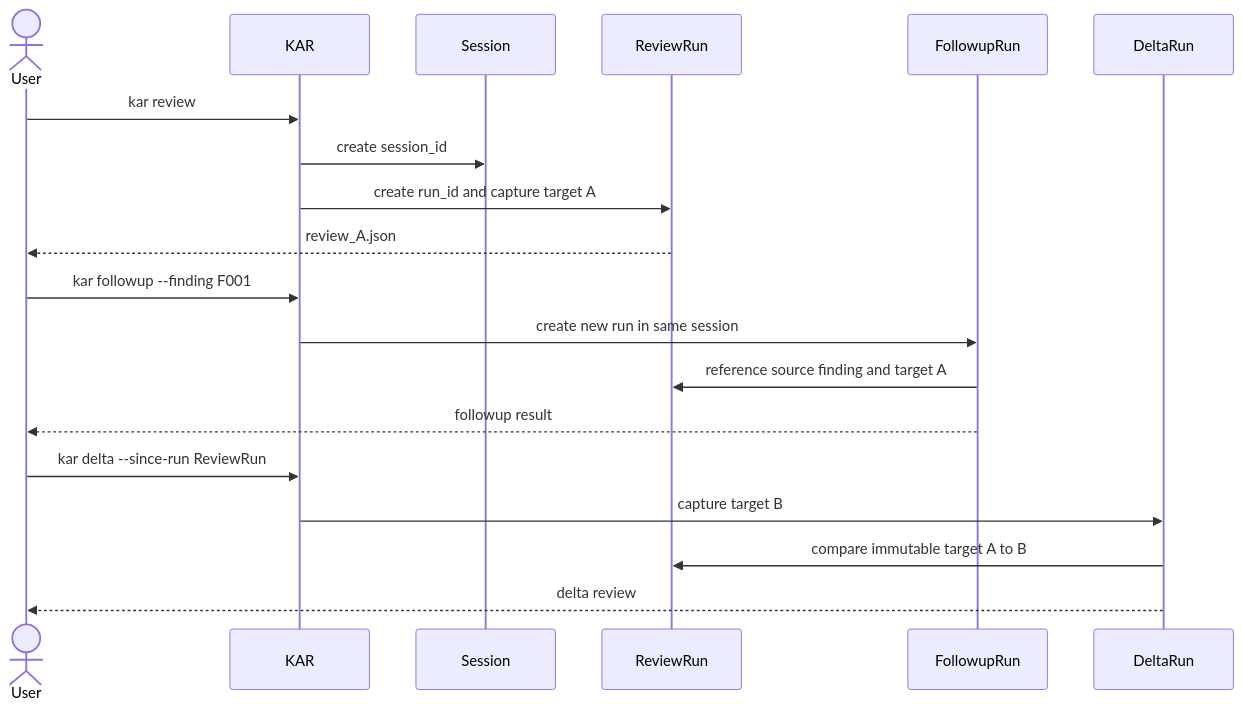
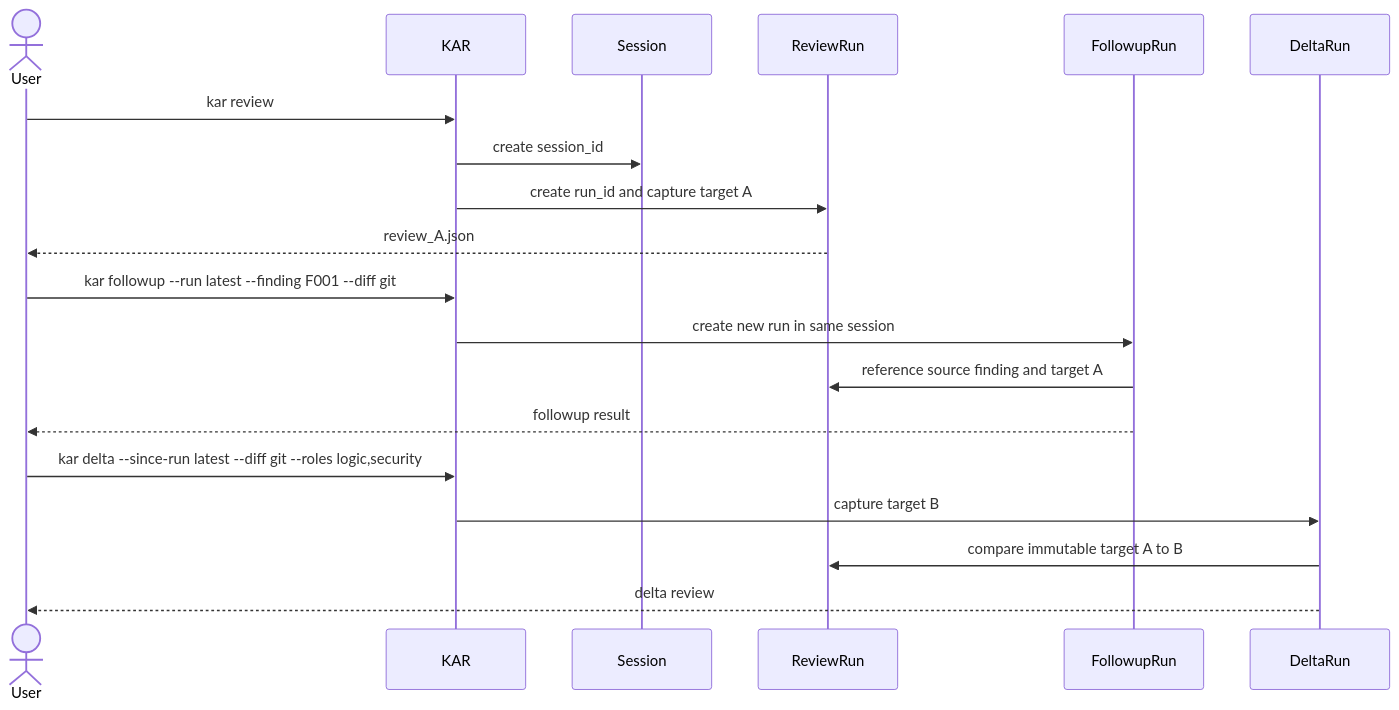
The diagram in sot/docs/03-cli-workflows.md (irootkernel/mulgae), drawn with Mermaid before and after one commit. The commit also changed other lines of this file and 97 other files, not shown here.

````diff
--- a/sot/docs/03-cli-workflows.md
+++ b/sot/docs/03-cli-workflows.md
@@ -201,24 +208,24 @@
 ```mermaid
 sequenceDiagram
     actor User
     participant KAR
     participant Session
     participant ReviewRun
     participant FollowupRun
     participant DeltaRun
 
     User->>KAR: kar review
     KAR->>Session: create session_id
     KAR->>ReviewRun: create run_id and capture target A
     ReviewRun-->>User: review_A.json
 
-    User->>KAR: kar followup --finding F001
+    User->>KAR: kar followup --run latest --finding F001 --diff git
     KAR->>FollowupRun: create new run in same session
     FollowupRun->>ReviewRun: reference source finding and target A
     FollowupRun-->>User: followup result
 
-    User->>KAR: kar delta --since-run ReviewRun
+    User->>KAR: kar delta --since-run latest --diff git --roles logic,security
     KAR->>DeltaRun: capture target B
     DeltaRun->>ReviewRun: compare immutable target A to B
     DeltaRun-->>User: delta review
 ```
````
